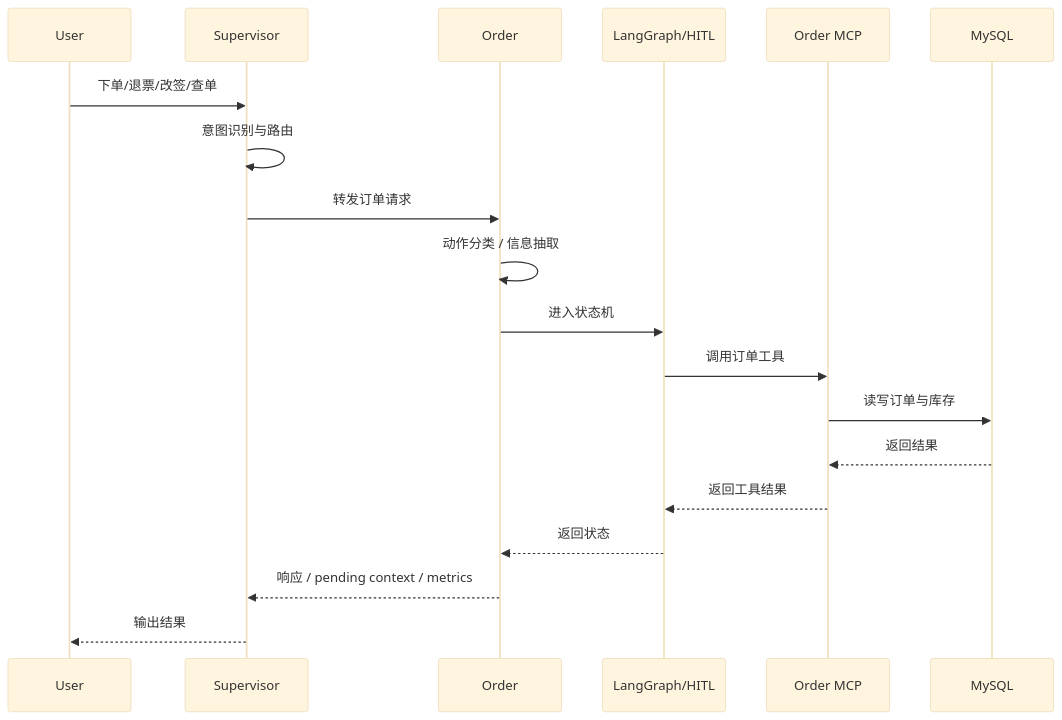
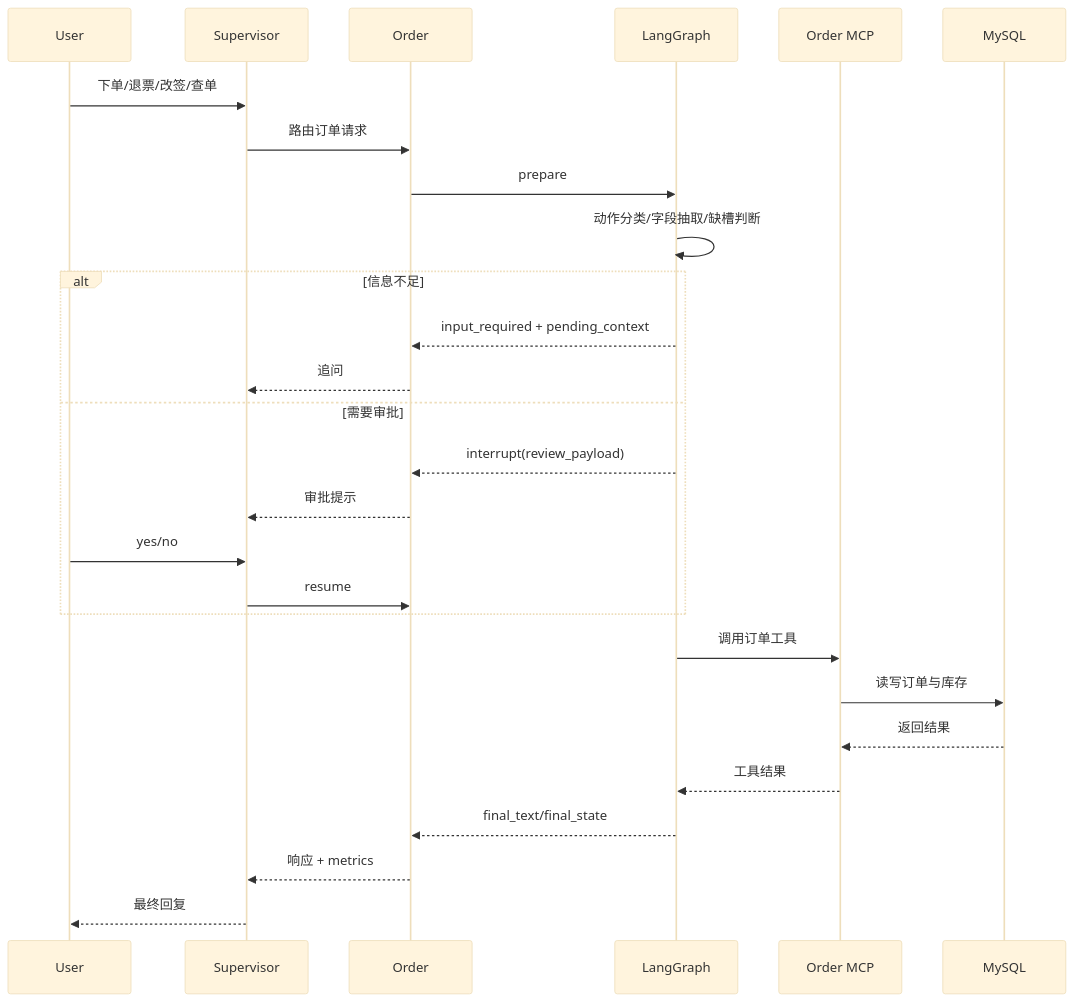
The third of 4 diagrams in docs/ARCHITECTURE.md (eastboat2001/SmartVoyage), drawn with Mermaid (base theme) before and after one commit. The commit also changed other lines of this file and 16 other files, not shown here.

````diff
--- a/docs/ARCHITECTURE.md
+++ b/docs/ARCHITECTURE.md
@@ -208,22 +263,30 @@
 ```mermaid
 sequenceDiagram
     participant User
     participant Supervisor
     participant Order
-    participant Graph as LangGraph/HITL
+    participant Graph as LangGraph
     participant MCP as Order MCP
     participant DB as MySQL
 
     User->>Supervisor: 下单/退票/改签/查单
-    Supervisor->>Supervisor: 意图识别与路由
-    Supervisor->>Order: 转发订单请求
-    Order->>Order: 动作分类 / 信息抽取
-    Order->>Graph: 进入状态机
+    Supervisor->>Order: 路由订单请求
+    Order->>Graph: prepare
+    Graph->>Graph: 动作分类/字段抽取/缺槽判断
+    alt 信息不足
+        Graph-->>Order: input_required + pending_context
+        Order-->>Supervisor: 追问
+    else 需要审批
+        Graph-->>Order: interrupt(review_payload)
+        Order-->>Supervisor: 审批提示
+        User->>Supervisor: yes/no
+        Supervisor->>Order: resume
+    end
     Graph->>MCP: 调用订单工具
     MCP->>DB: 读写订单与库存
     DB-->>MCP: 返回结果
-    MCP-->>Graph: 返回工具结果
-    Graph-->>Order: 返回状态
-    Order-->>Supervisor: 响应 / pending context / metrics
-    Supervisor-->>User: 输出结果
+    MCP-->>Graph: 工具结果
+    Graph-->>Order: final_text/final_state
+    Order-->>Supervisor: 响应 + metrics
+    Supervisor-->>User: 最终回复
 ```
````
